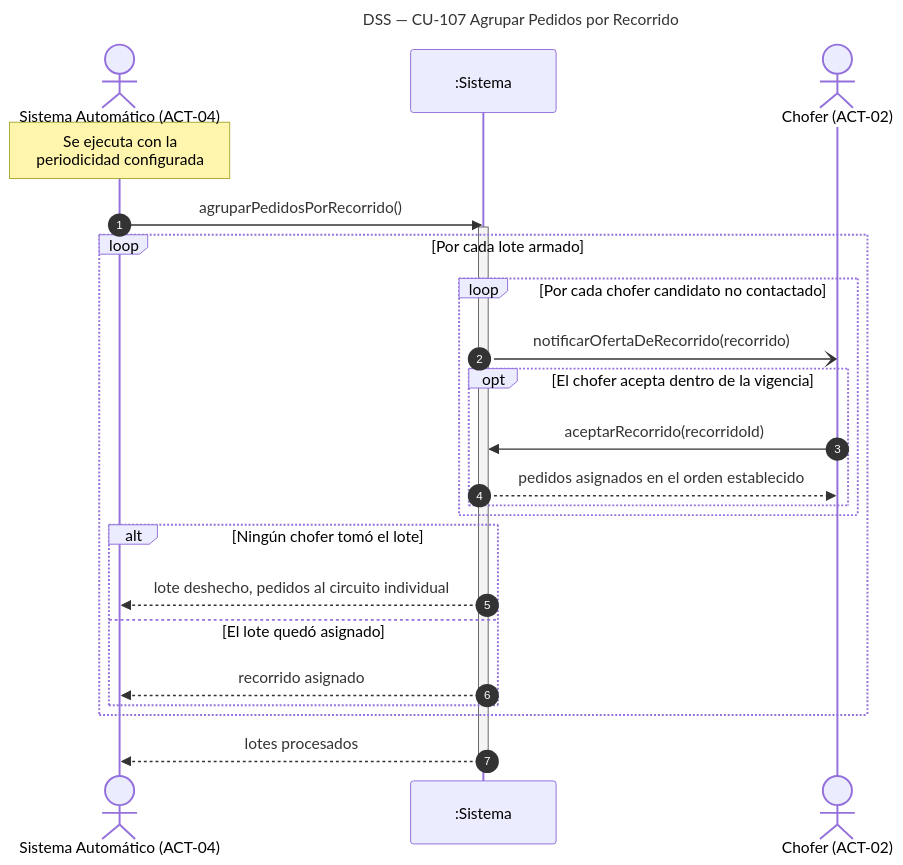
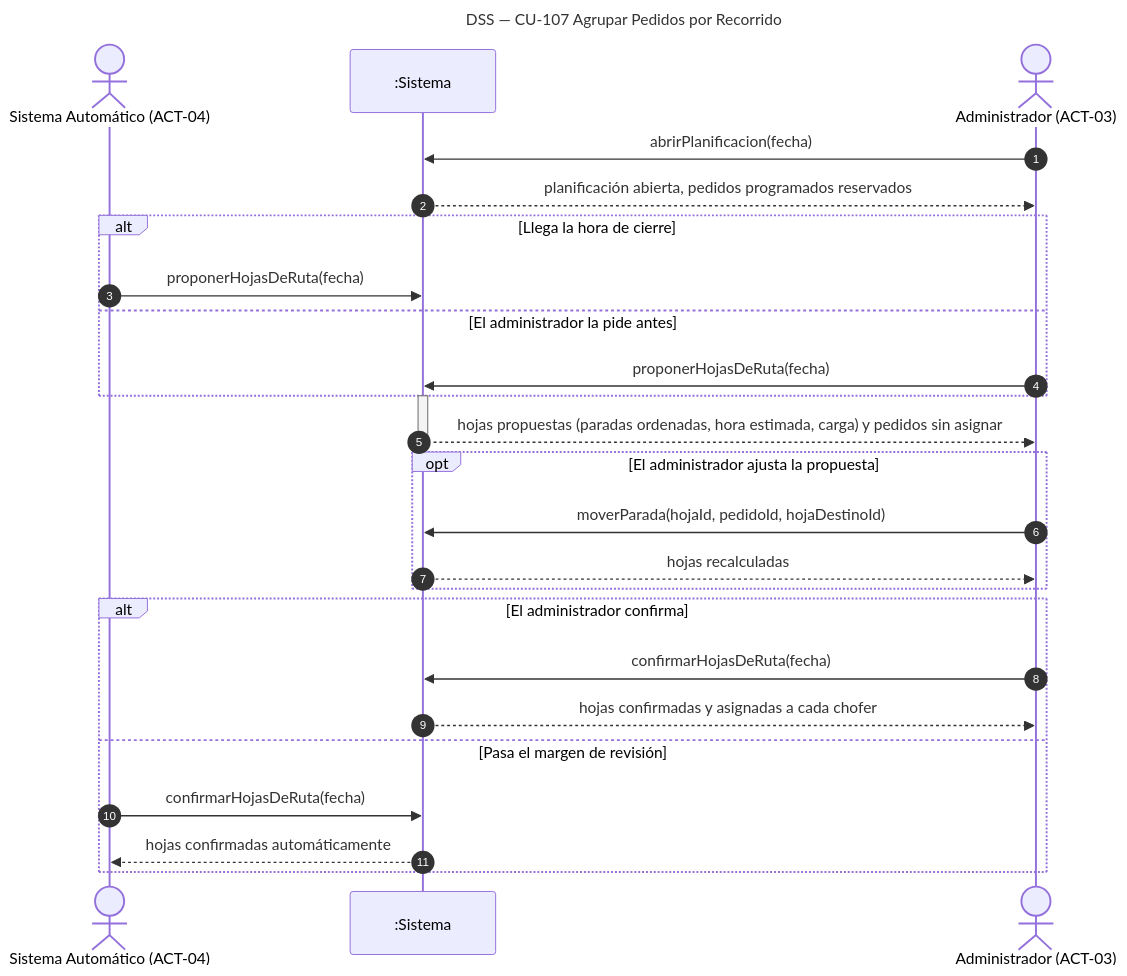
The diagram in diagramas/DSS_CU-107_Agrupar-Pedidos-Por-Recorrido.mmd (Nahuelito-Dev/splg-docs), drawn with Mermaid before and after one commit. The commit also changed 49 other files, not shown here.

Commit message:
docs(cu-107): 📝 la hoja de ruta como funciona: el sistema propone, el administrador ajusta y confirma

```diff
--- a/diagramas/DSS_CU-107_Agrupar-Pedidos-Por-Recorrido.mmd
+++ b/diagramas/DSS_CU-107_Agrupar-Pedidos-Por-Recorrido.mmd
@@ -1,28 +1,31 @@
 sequenceDiagram
     title DSS — CU-107 Agrupar Pedidos por Recorrido
     autonumber
     actor SAU as Sistema Automático (ACT-04)
     participant SIS as :Sistema
-    actor CHO as Chofer (ACT-02)
+    actor ADM as Administrador (ACT-03)
 
-    Note over SAU: Se ejecuta con la<br/>periodicidad configurada
-    SAU->>SIS: agruparPedidosPorRecorrido()
+    ADM->>SIS: abrirPlanificacion(fecha)
+    SIS-->>ADM: planificación abierta, pedidos programados reservados
+
+    alt Llega la hora de cierre
+        SAU->>SIS: proponerHojasDeRuta(fecha)
+    else El administrador la pide antes
+        ADM->>SIS: proponerHojasDeRuta(fecha)
+    end
     activate SIS
+    SIS-->>ADM: hojas propuestas (paradas ordenadas, hora estimada, carga) y pedidos sin asignar
+    deactivate SIS
 
-    loop Por cada lote armado
-        loop Por cada chofer candidato no contactado
-            SIS-)CHO: notificarOfertaDeRecorrido(recorrido)
-            opt El chofer acepta dentro de la vigencia
-                CHO->>SIS: aceptarRecorrido(recorridoId)
-                SIS-->>CHO: pedidos asignados en el orden establecido
-            end
-        end
+    opt El administrador ajusta la propuesta
+        ADM->>SIS: moverParada(hojaId, pedidoId, hojaDestinoId)
+        SIS-->>ADM: hojas recalculadas
+    end
 
-        alt Ningún chofer tomó el lote
-            SIS-->>SAU: lote deshecho, pedidos al circuito individual
-        else El lote quedó asignado
-            SIS-->>SAU: recorrido asignado
-        end
+    alt El administrador confirma
+        ADM->>SIS: confirmarHojasDeRuta(fecha)
+        SIS-->>ADM: hojas confirmadas y asignadas a cada chofer
+    else Pasa el margen de revisión
+        SAU->>SIS: confirmarHojasDeRuta(fecha)
+        SIS-->>SAU: hojas confirmadas automáticamente
     end
-    SIS-->>SAU: lotes procesados
-    deactivate SIS
```
